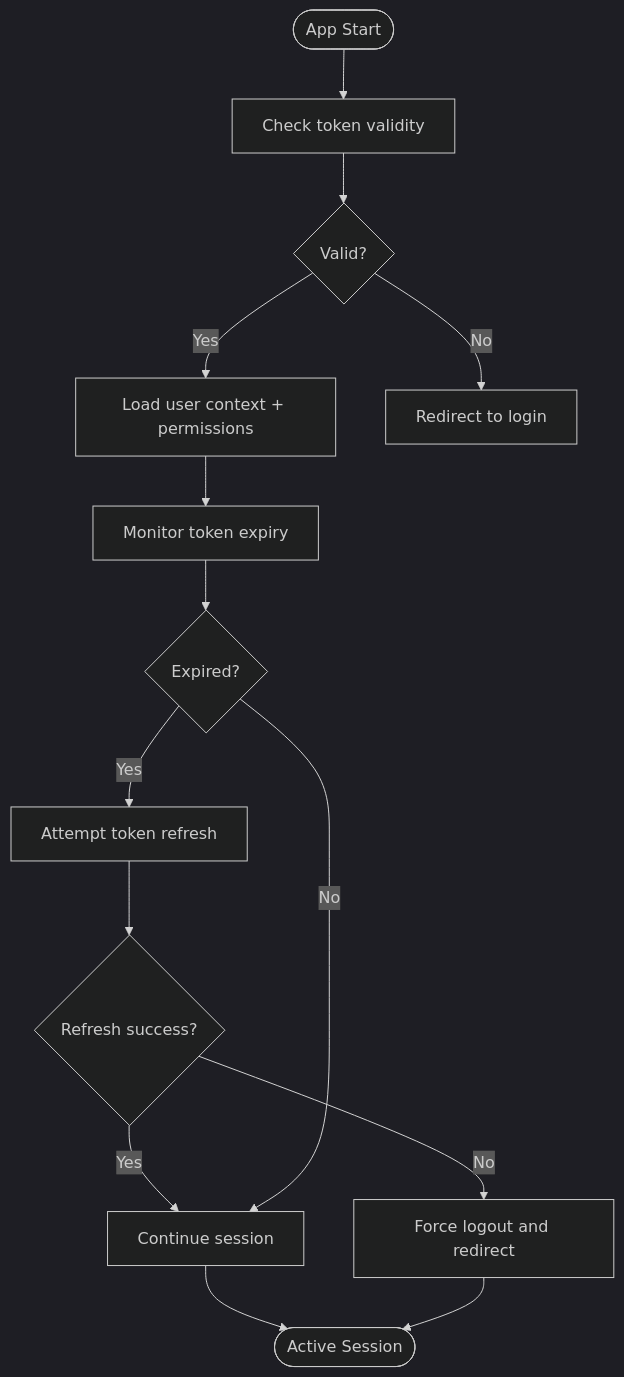
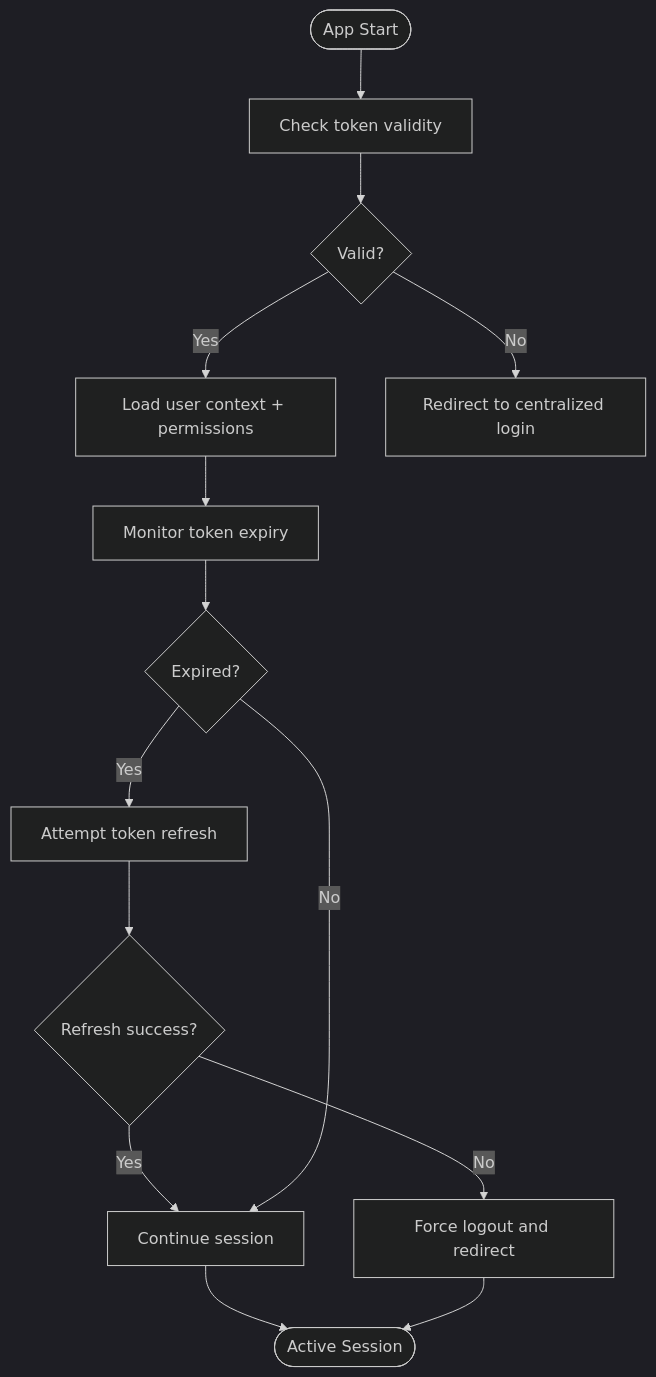
Before and after one commit to franckylab/eLISAschool: the fifth of 10 diagrams in .qoder/repowiki/en/content/System Architecture/Frontend Architecture/Authentication & Authorization UI/Authentication & Authorization UI.md, drawn with Mermaid (dark theme). The commit also changed other lines of this file and 97 other files, not shown here.

````diff
--- a/.qoder/repowiki/en/content/System Architecture/Frontend Architecture/Authentication & Authorization UI/Authentication & Authorization UI.md
+++ b/.qoder/repowiki/en/content/System Architecture/Frontend Architecture/Authentication & Authorization UI/Authentication & Authorization UI.md
@@ -214,16 +229,16 @@
 ```mermaid
 flowchart TD
 Init(["App Start"]) --> CheckToken["Check token validity"]
 CheckToken --> Valid{"Valid?"}
 Valid --> |Yes| LoadContext["Load user context + permissions"]
-Valid --> |No| RedirectToLogin["Redirect to login"]
+Valid --> |No| RedirectToLogin["Redirect to centralized login"]
 LoadContext --> Monitor["Monitor token expiry"]
 Monitor --> Expired{"Expired?"}
 Expired --> |Yes| Refresh["Attempt token refresh"]
 Refresh --> RefreshOK{"Refresh success?"}
 RefreshOK --> |Yes| Continue["Continue session"]
 RefreshOK --> |No| ForceLogout["Force logout and redirect"]
 Expired --> |No| Continue
 Continue --> End(["Active Session"])
 ForceLogout --> End
 ```
````
